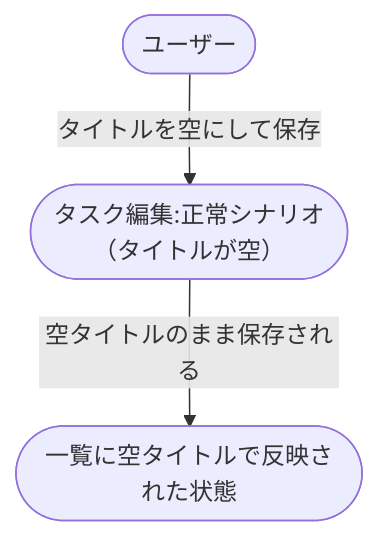
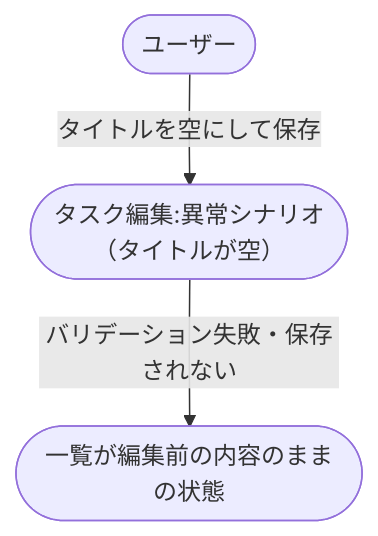
The second of 2 diagrams in docs/wiki/設計図/シナリオ/複合ユースケース/タスク編集から一覧反映.md (shuhei1101/ai-monitor-e2e), drawn with Mermaid before and after one commit. The commit also changed other lines of this file, not shown here.

Commit message:
タスク編集から一覧反映シナリオのタイトル空ケースを異常シナリオへ修正

````diff
--- a/docs/wiki/設計図/シナリオ/複合ユースケース/タスク編集から一覧反映.md
+++ b/docs/wiki/設計図/シナリオ/複合ユースケース/タスク編集から一覧反映.md
@@ -43,7 +43,7 @@
 ```mermaid
 flowchart TD
-  U0([ユーザー]) -->|タイトルを空にして保存| UC1([タスク編集:正常シナリオ<br>（タイトルが空）])
-  UC1 -->|空タイトルのまま保存される| DONE([一覧に空タイトルで反映された状態])
+  U0([ユーザー]) -->|タイトルを空にして保存| UC1([タスク編集:異常シナリオ<br>（タイトルが空）])
+  UC1 -->|バリデーション失敗・保存されない| DONE([一覧が編集前の内容のままの状態])
 
-  click UC1 "../単一ユースケース/タスク編集.md#正常シナリオタイトルが空"
+  click UC1 "../単一ユースケース/タスク編集.md#異常シナリオタイトルが空"
 ```
````
